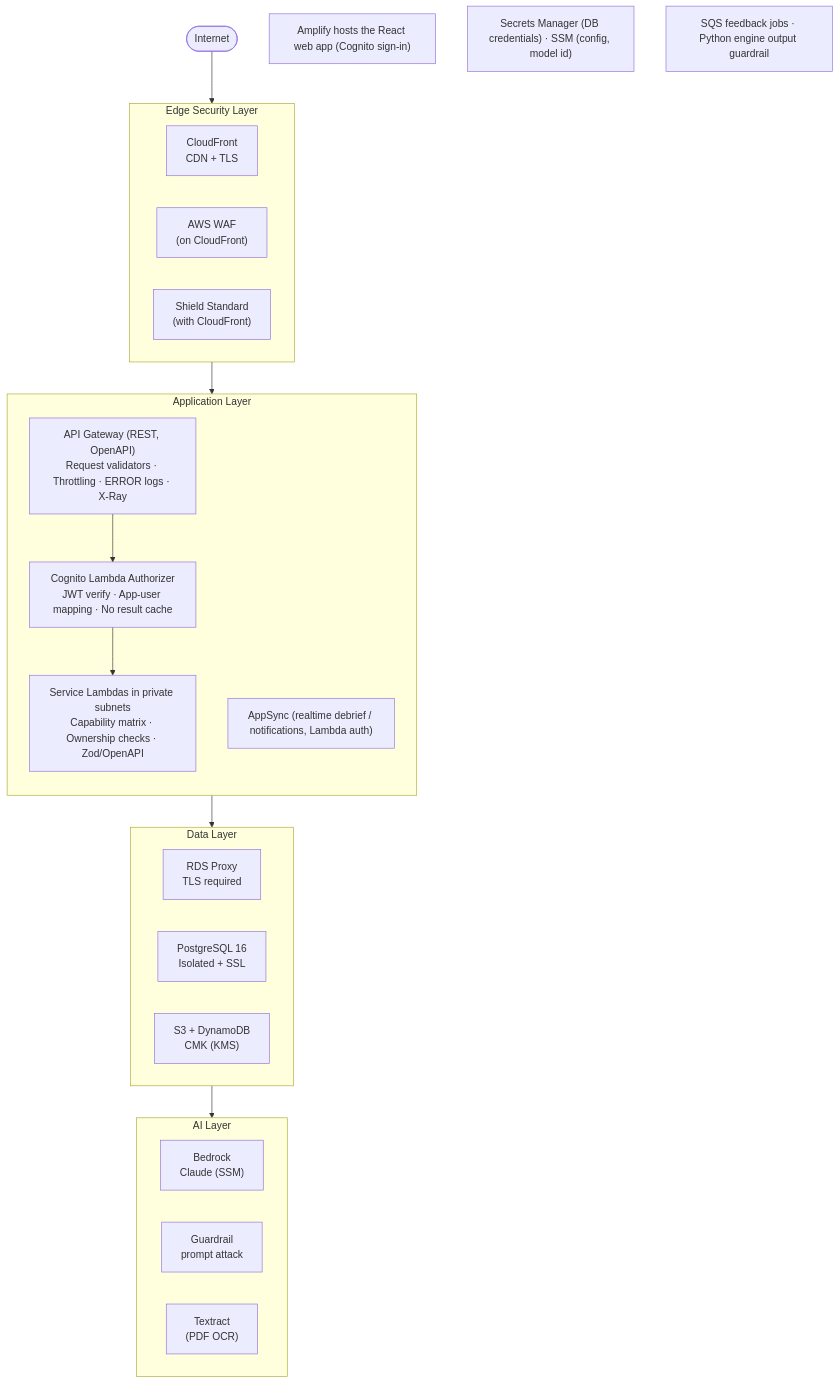
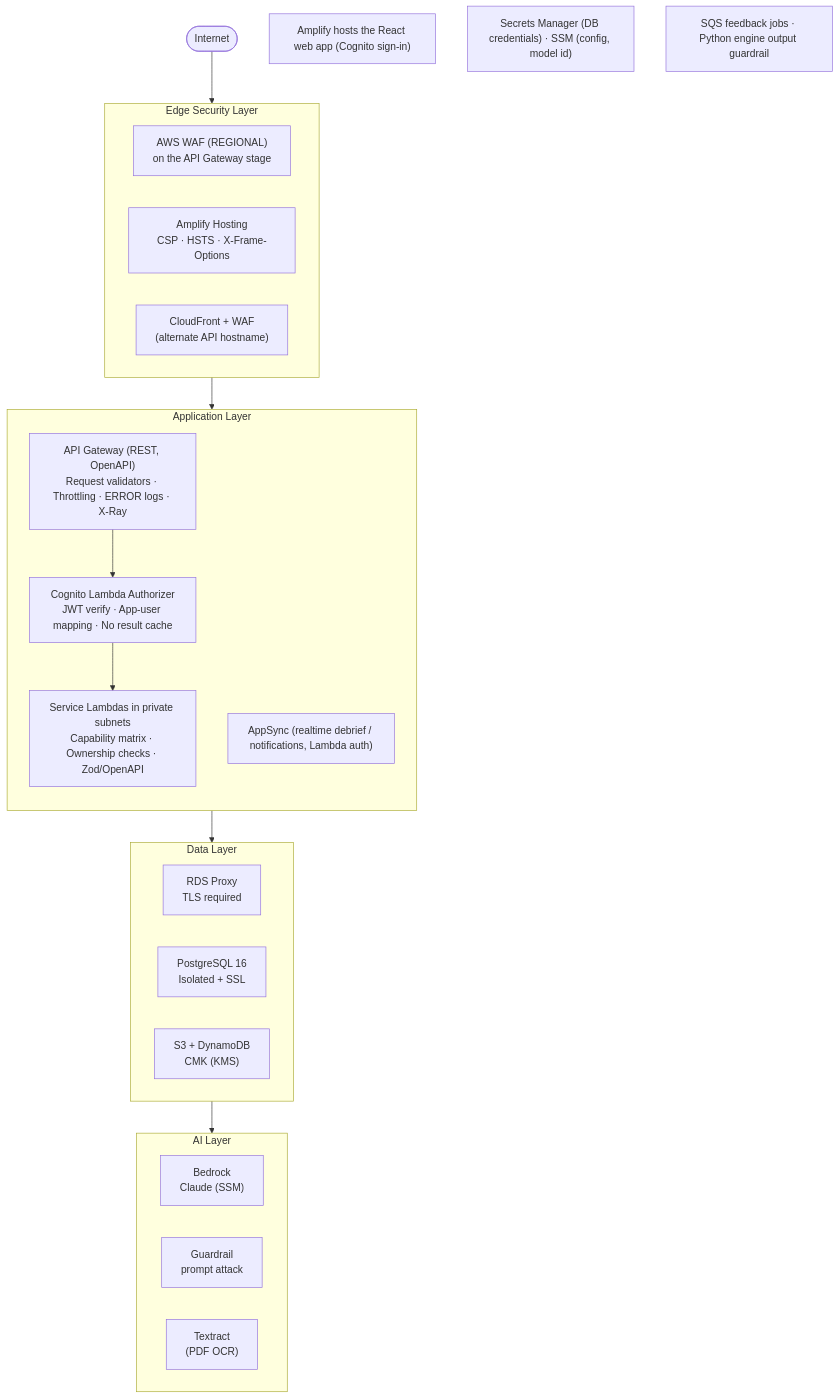
Before and after one commit to Owen-Wangg/WREN: the first of 5 diagrams in docs/security-overview.md, drawn with Mermaid. The commit also changed other lines of this file and 11 other files, not shown here.

````diff
--- a/docs/security-overview.md
+++ b/docs/security-overview.md
@@ -53,42 +53,42 @@
 ```mermaid
 flowchart TB
     Internet([Internet])
 
     subgraph Edge["Edge Security Layer"]
         direction LR
-        CF["CloudFront<br/>CDN + TLS"]
-        WAF["AWS WAF<br/>(on CloudFront)"]
-        Shield["Shield Standard<br/>(with CloudFront)"]
+        WAF["AWS WAF (REGIONAL)<br/>on the API Gateway stage"]
+        Amplify["Amplify Hosting<br/>CSP · HSTS · X-Frame-Options"]
+        CF["CloudFront + WAF<br/>(alternate API hostname)"]
     end
     EdgeNote["Amplify hosts the React web app (Cognito sign-in)"]
 
     subgraph App["Application Layer"]
         direction TB
         APIGW["API Gateway (REST, OpenAPI)<br/>Request validators · Throttling · ERROR logs · X-Ray"]
         Authorizer["Cognito Lambda Authorizer<br/>JWT verify · App-user mapping · No result cache"]
         Lambdas["Service Lambdas in private subnets<br/>Capability matrix · Ownership checks · Zod/OpenAPI"]
         AppSync["AppSync (realtime debrief / notifications, Lambda auth)"]
         APIGW --> Authorizer --> Lambdas
     end
 
     subgraph Data["Data Layer"]
         direction LR
         Proxy["RDS Proxy<br/>TLS required"]
         PG["PostgreSQL 16<br/>Isolated + SSL"]
         S3DDB["S3 + DynamoDB<br/>CMK (KMS)"]
     end
     DataNote["Secrets Manager (DB credentials) · SSM (config, model id)"]
 
     subgraph AI["AI Layer"]
         direction LR
         Bedrock["Bedrock<br/>Claude (SSM)"]
         Guardrail["Guardrail<br/>prompt attack"]
         Textract["Textract<br/>(PDF OCR)"]
     end
     AINote["SQS feedback jobs · Python engine output guardrail"]
 
     Internet --> Edge
     Edge --> App
     App --> Data
     Data --> AI
 ```
````
